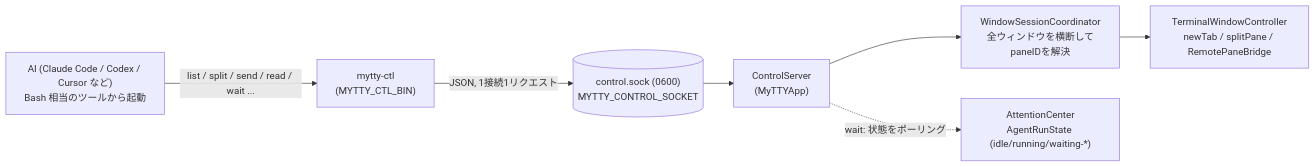
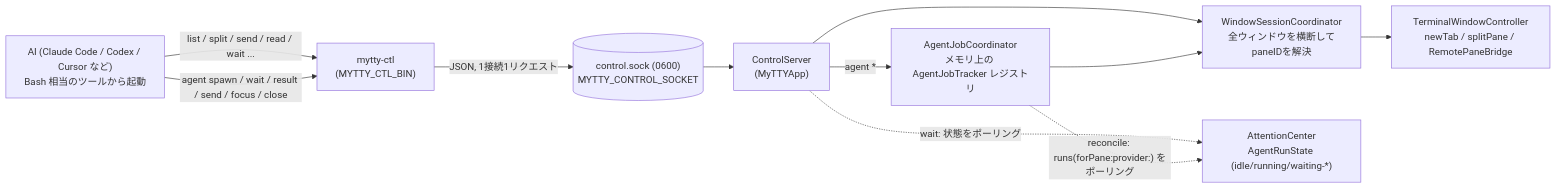
The first of 2 diagrams in docs/explanation/mytty-ctl-architecture_ja.md (m-tkg/Mytty), drawn with Mermaid before and after one commit. The commit also changed other lines of this file and 33 other files, not shown here.

````diff
--- a/docs/explanation/mytty-ctl-architecture_ja.md
+++ b/docs/explanation/mytty-ctl-architecture_ja.md
@@ -18,17 +20,22 @@
 ```mermaid
 graph LR
     AI["AI (Claude Code / Codex / Cursor など)<br/>Bash 相当のツールから起動"]
     CLI["mytty-ctl<br/>(MYTTY_CTL_BIN)"]
     SOCK[("control.sock (0600)<br/>MYTTY_CONTROL_SOCKET")]
     SRV["ControlServer<br/>(MyTTYApp)"]
     WSC["WindowSessionCoordinator<br/>全ウィンドウを横断してpaneIDを解決"]
     TWC["TerminalWindowController<br/>newTab / splitPane / RemotePaneBridge"]
     AC["AttentionCenter<br/>AgentRunState (idle/running/waiting-*)"]
+    AJC["AgentJobCoordinator<br/>メモリ上の AgentJobTracker レジストリ"]
 
     AI -->|"list / split / send / read / wait ..."| CLI
+    AI -->|"agent spawn / wait / result / send / focus / close"| CLI
     CLI -->|JSON, 1接続1リクエスト| SOCK
     SOCK --> SRV
     SRV --> WSC
     WSC --> TWC
     SRV -.->|wait: 状態をポーリング| AC
+    SRV -->|agent *| AJC
+    AJC --> WSC
+    AJC -.->|"reconcile: runs(forPane:provider:) をポーリング"| AC
 ```
````
